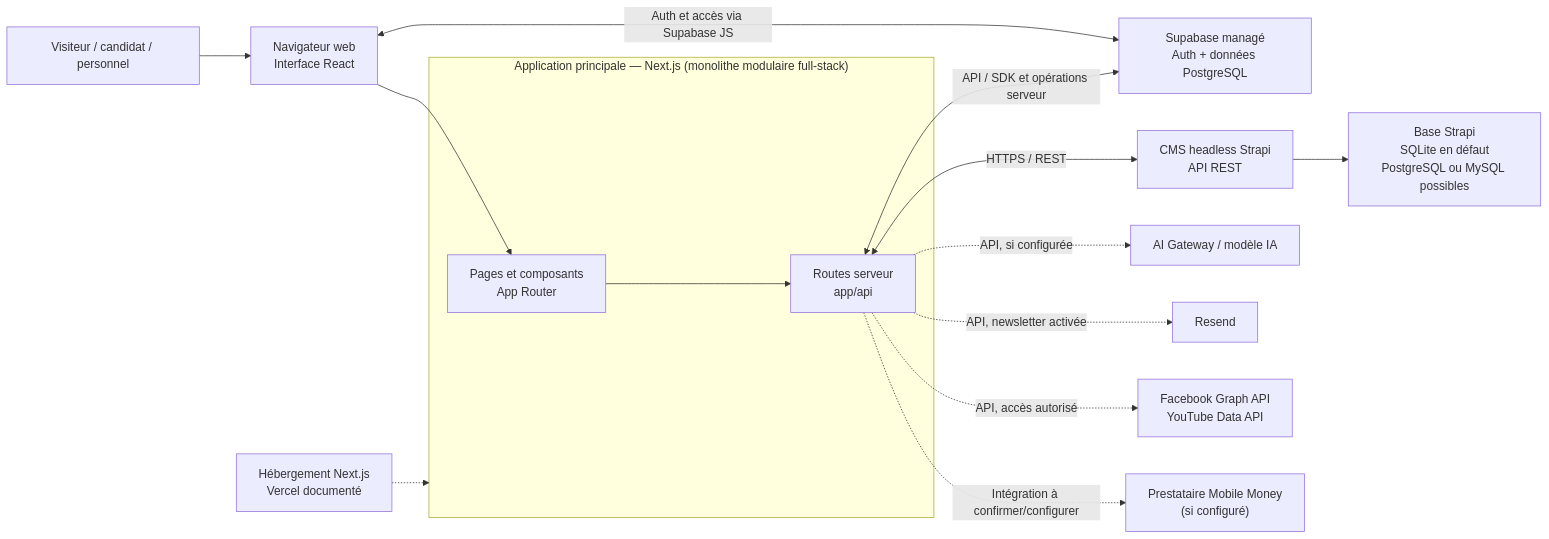
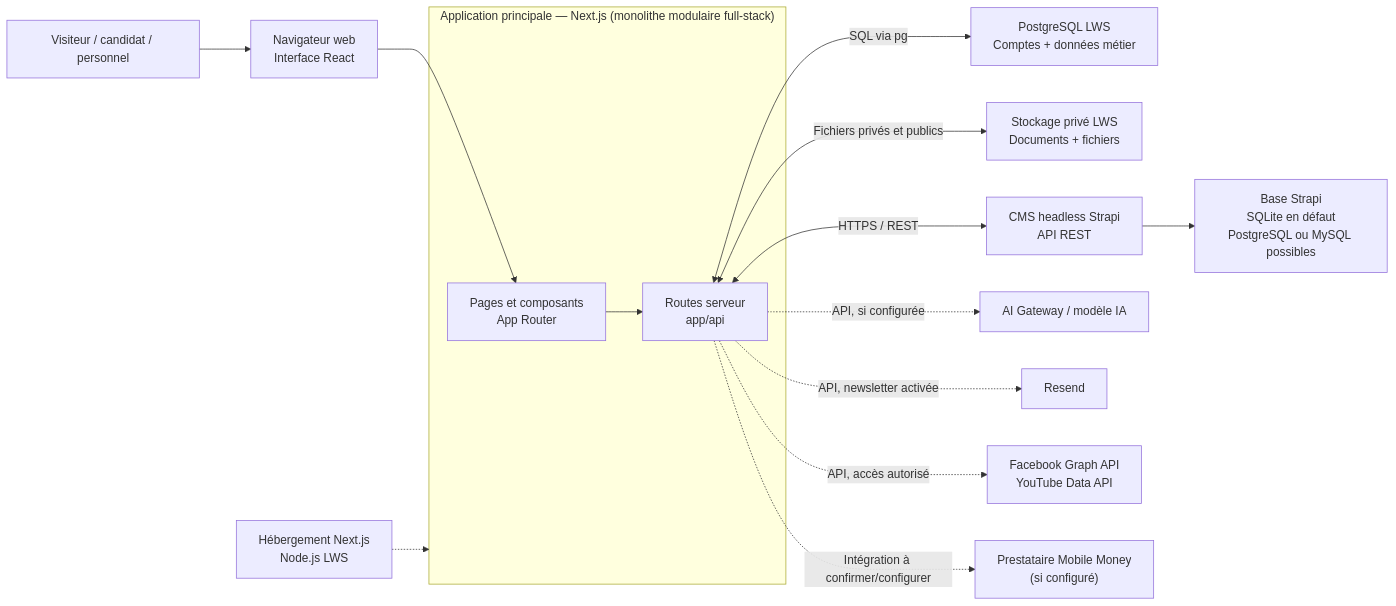
One commit to yesseboukinda-afk/inptic-site changed the diagram in cahier-des-charge.md. Above: the diagram before and after it, drawn with Mermaid. The commit also changed other lines of this file and 53 other files, not shown here.

First line of the commit message:
Migrate application to LWS PostgreSQL

````diff
--- a/cahier-des-charge.md
+++ b/cahier-des-charge.md
@@ -185,30 +182,31 @@
 ```mermaid
 flowchart LR
     Visitor["Visiteur / candidat / personnel"]
     Browser["Navigateur web<br/>Interface React"]
     subgraph Web["Application principale — Next.js (monolithe modulaire full-stack)"]
         Pages["Pages et composants<br/>App Router"]
         Routes["Routes serveur<br/>app/api"]
     end
-    Supabase["Supabase managé<br/>Auth + données PostgreSQL"]
+    PostgreSQL["PostgreSQL LWS<br/>Comptes + données métier"]
+    Storage["Stockage privé LWS<br/>Documents + fichiers"]
     Strapi["CMS headless Strapi<br/>API REST"]
     CMSDB["Base Strapi<br/>SQLite en défaut<br/>PostgreSQL ou MySQL possibles"]
     AI["AI Gateway / modèle IA"]
     Mail["Resend"]
     Social["Facebook Graph API<br/>YouTube Data API"]
     Payment["Prestataire Mobile Money<br/>(si configuré)"]
-    Deploy["Hébergement Next.js<br/>Vercel documenté"]
+    Deploy["Hébergement Next.js<br/>Node.js LWS"]
 
     Visitor --> Browser
     Browser --> Pages
     Pages --> Routes
-    Browser <-->|"Auth et accès via Supabase JS"| Supabase
-    Routes <-->|"API / SDK et opérations serveur"| Supabase
+    Routes <-->|"SQL via pg"| PostgreSQL
+    Routes <-->|"Fichiers privés et publics"| Storage
     Routes <-->|"HTTPS / REST"| Strapi
     Strapi --> CMSDB
     Routes -.->|"API, si configurée"| AI
     Routes -.->|"API, newsletter activée"| Mail
     Routes -.->|"API, accès autorisé"| Social
     Routes -.->|"Intégration à confirmer/configurer"| Payment
     Deploy -.-> Web
 ```
````
